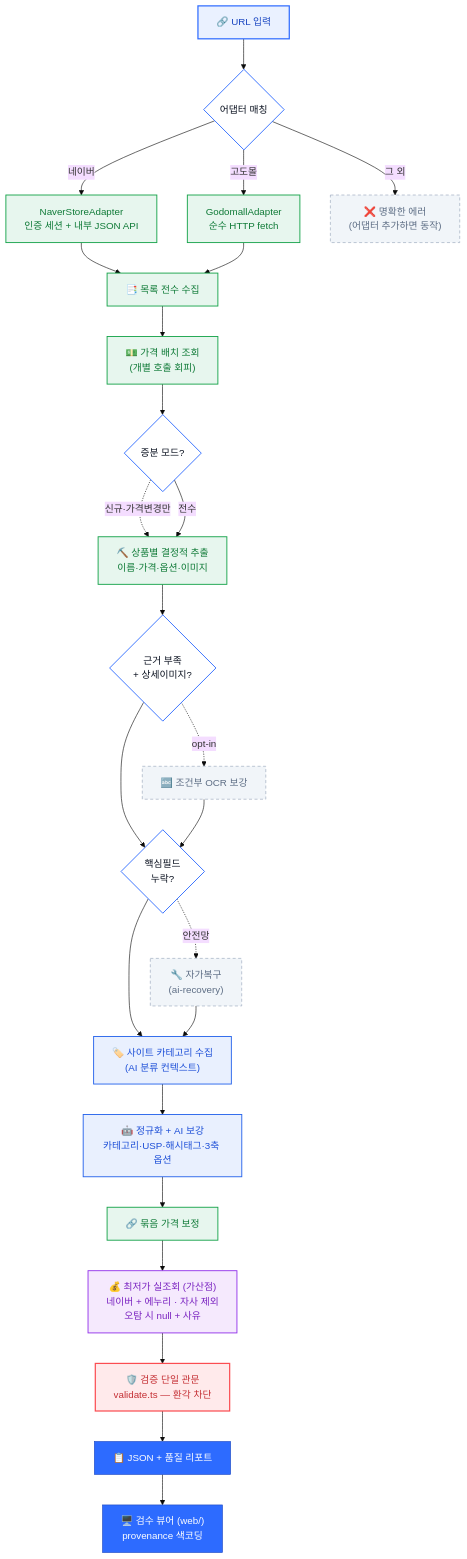
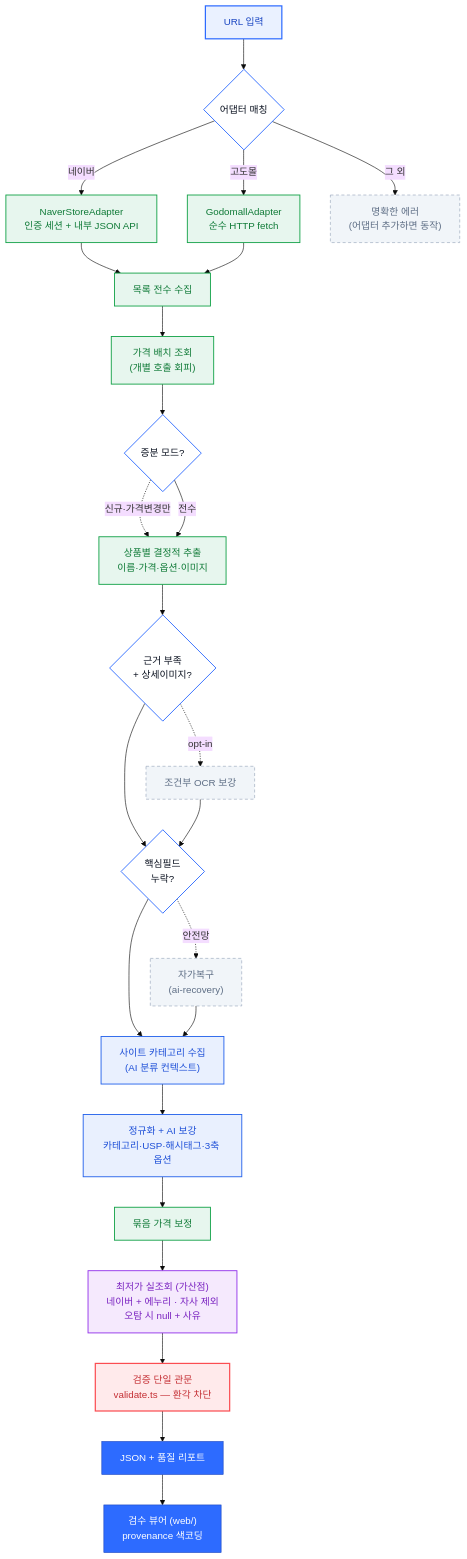
Before and after one commit to seongjinYU/quedot-assignment: the second of 2 diagrams in README.md, drawn with Mermaid (base theme). The commit also changed other lines of this file and 21 other files, not shown here.

````diff
--- a/README.md
+++ b/README.md
@@ -34,38 +34,38 @@
 ```mermaid
 flowchart TD
-    URL["🔗 URL 입력"]:::entry --> ADP{"어댑터 매칭"}:::dec
+    URL["URL 입력"]:::entry --> ADP{"어댑터 매칭"}:::dec
     ADP -->|네이버| NV["NaverStoreAdapter<br/>인증 세션 + 내부 JSON API"]:::crawl
     ADP -->|고도몰| GD["GodomallAdapter<br/>순수 HTTP fetch"]:::crawl
-    ADP -->|그 외| ERR["❌ 명확한 에러<br/>(어댑터 추가하면 동작)"]:::opt
+    ADP -->|그 외| ERR["명확한 에러<br/>(어댑터 추가하면 동작)"]:::opt
 
-    NV --> LIST["📑 목록 전수 수집"]:::crawl
+    NV --> LIST["목록 전수 수집"]:::crawl
     GD --> LIST
-    LIST --> PRICE["💵 가격 배치 조회<br/>(개별 호출 회피)"]:::crawl
+    LIST --> PRICE["가격 배치 조회<br/>(개별 호출 회피)"]:::crawl
     PRICE --> INC{"증분 모드?"}:::dec
     INC -.신규·가격변경만.-> LOOP
-    INC -->|전수| LOOP["⛏️ 상품별 결정적 추출<br/>이름·가격·옵션·이미지"]:::crawl
+    INC -->|전수| LOOP["상품별 결정적 추출<br/>이름·가격·옵션·이미지"]:::crawl
 
     LOOP --> OCR{"근거 부족<br/>+ 상세이미지?"}:::dec
-    OCR -.opt-in.-> OCRY["🔤 조건부 OCR 보강"]:::opt
+    OCR -.opt-in.-> OCRY["조건부 OCR 보강"]:::opt
     OCR --> HEAL{"핵심필드<br/>누락?"}:::dec
     OCRY --> HEAL
-    HEAL -.안전망.-> HEALY["🔧 자가복구<br/>(ai-recovery)"]:::opt
-    HEAL --> CAT["🏷️ 사이트 카테고리 수집<br/>(AI 분류 컨텍스트)"]:::ai
+    HEAL -.안전망.-> HEALY["자가복구<br/>(ai-recovery)"]:::opt
+    HEAL --> CAT["사이트 카테고리 수집<br/>(AI 분류 컨텍스트)"]:::ai
     HEALY --> CAT
 
-    CAT --> AI["🤖 정규화 + AI 보강<br/>카테고리·USP·해시태그·3축 옵션"]:::ai
-    AI --> BUNDLE["🔗 묶음 가격 보정"]:::crawl
-    BUNDLE --> LOW["💰 최저가 실조회 (가산점)<br/>네이버 + 에누리 · 자사 제외<br/>오탐 시 null + 사유"]:::low
-    LOW --> VAL["🛡️ 검증 단일 관문<br/>validate.ts — 환각 차단"]:::gate
-    VAL --> OUT["📋 JSON + 품질 리포트"]:::out
-    OUT --> WEB["🖥️ 검수 뷰어 (web/)<br/>provenance 색코딩"]:::out
+    CAT --> AI["정규화 + AI 보강<br/>카테고리·USP·해시태그·3축 옵션"]:::ai
+    AI --> BUNDLE["묶음 가격 보정"]:::crawl
+    BUNDLE --> LOW["최저가 실조회 (가산점)<br/>네이버 + 에누리 · 자사 제외<br/>오탐 시 null + 사유"]:::low
+    LOW --> VAL["검증 단일 관문<br/>validate.ts — 환각 차단"]:::gate
+    VAL --> OUT["JSON + 품질 리포트"]:::out
+    OUT --> WEB["검수 뷰어 (web/)<br/>provenance 색코딩"]:::out
 
     classDef entry fill:#EAF1FF,stroke:#2D6BFF,color:#1B47C2,stroke-width:2px;
     classDef crawl fill:#E7F6EE,stroke:#16A34A,color:#0F7A37,stroke-width:1.5px;
     classDef ai fill:#E9F0FE,stroke:#2563EB,color:#1D4FD7,stroke-width:1.5px;
     classDef low fill:#F5E9FD,stroke:#9333EA,color:#7A23C0,stroke-width:1.5px;
     classDef gate fill:#FFEAEB,stroke:#FB4D52,color:#C42E33,stroke-width:2px;
     classDef out fill:#2D6BFF,stroke:#1B47C2,color:#FFFFFF,stroke-width:1px;
     classDef opt fill:#F1F5F9,stroke:#94A3B8,color:#5E6E85,stroke-dasharray:5 4;
     classDef dec fill:#FFFFFF,stroke:#2D6BFF,color:#0B1220,stroke-width:1.5px;
 ```
````
